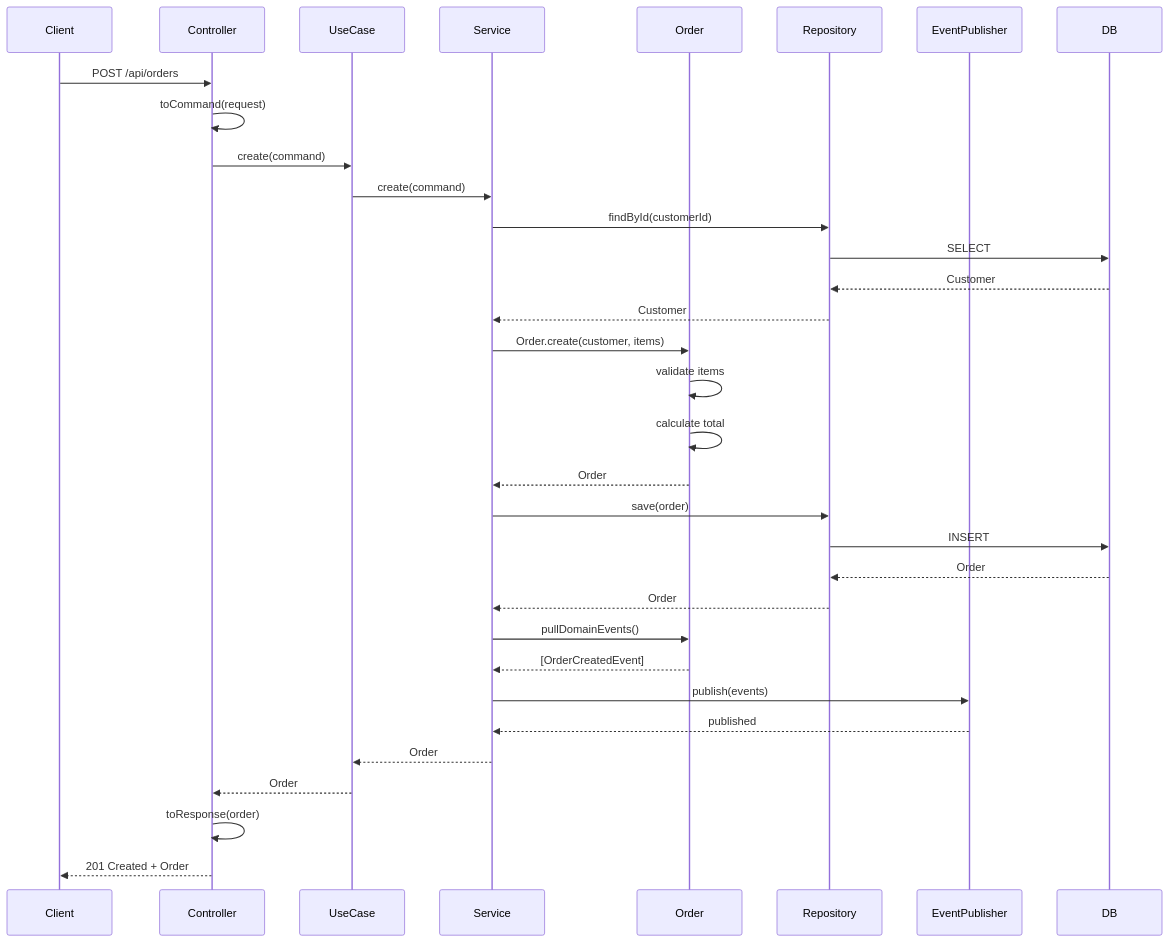
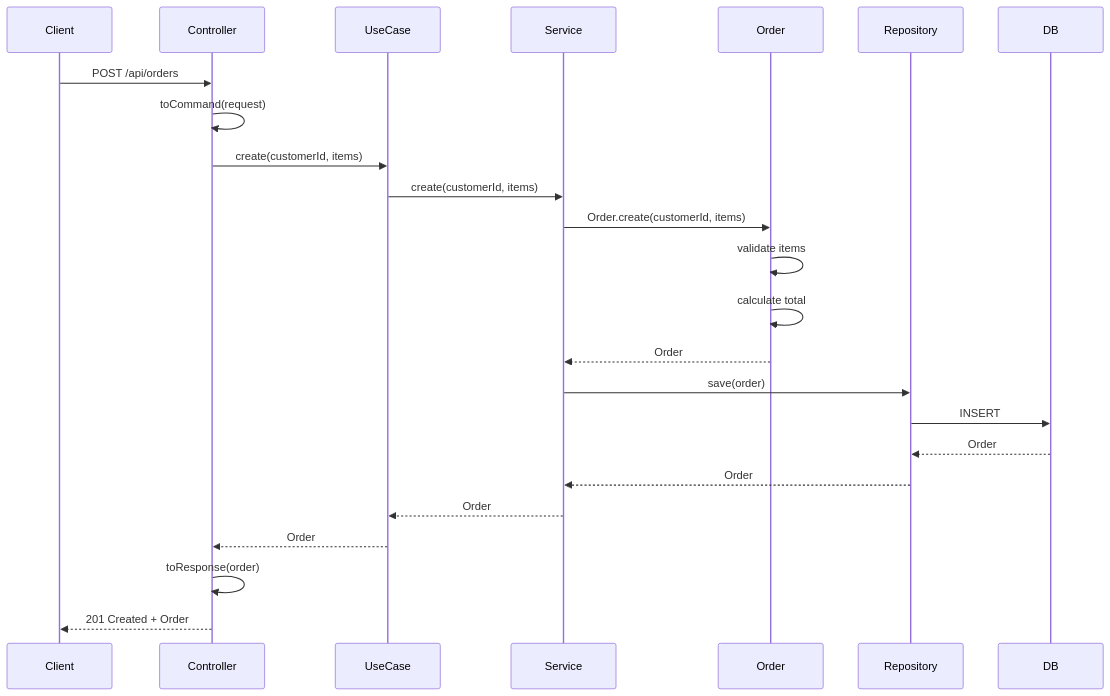
Before and after one commit to VirtualCave/modern-architecture-patterns: the third of 5 diagrams in hexagonal/README.md, drawn with Mermaid. The commit also changed other lines of this file and 44 other files, not shown here.

````diff
--- a/hexagonal/README.md
+++ b/hexagonal/README.md
@@ -112,37 +112,28 @@
 ```mermaid
 %%{init: {'themeVariables': {'background':'transparent','lineColor':'#94A3B8'}}}%%
 sequenceDiagram
     participant Client
     participant Controller
     participant UseCase
     participant Service
     participant Order
     participant Repository
-    participant EventPublisher
     participant DB
 
     Client->>Controller: POST /api/orders
     Controller->>Controller: toCommand(request)
-    Controller->>UseCase: create(command)
-    UseCase->>Service: create(command)
-    Service->>Repository: findById(customerId)
-    Repository->>DB: SELECT
-    DB-->>Repository: Customer
-    Repository-->>Service: Customer
-    Service->>Order: Order.create(customer, items)
+    Controller->>UseCase: create(customerId, items)
+    UseCase->>Service: create(customerId, items)
+    Service->>Order: Order.create(customerId, items)
     Order->>Order: validate items
     Order->>Order: calculate total
     Order-->>Service: Order
     Service->>Repository: save(order)
     Repository->>DB: INSERT
     DB-->>Repository: Order
     Repository-->>Service: Order
-    Service->>Order: pullDomainEvents()
-    Order-->>Service: [OrderCreatedEvent]
-    Service->>EventPublisher: publish(events)
-    EventPublisher-->>Service: published
     Service-->>UseCase: Order
     UseCase-->>Controller: Order
     Controller->>Controller: toResponse(order)
     Controller-->>Client: 201 Created + Order
 ```
````
